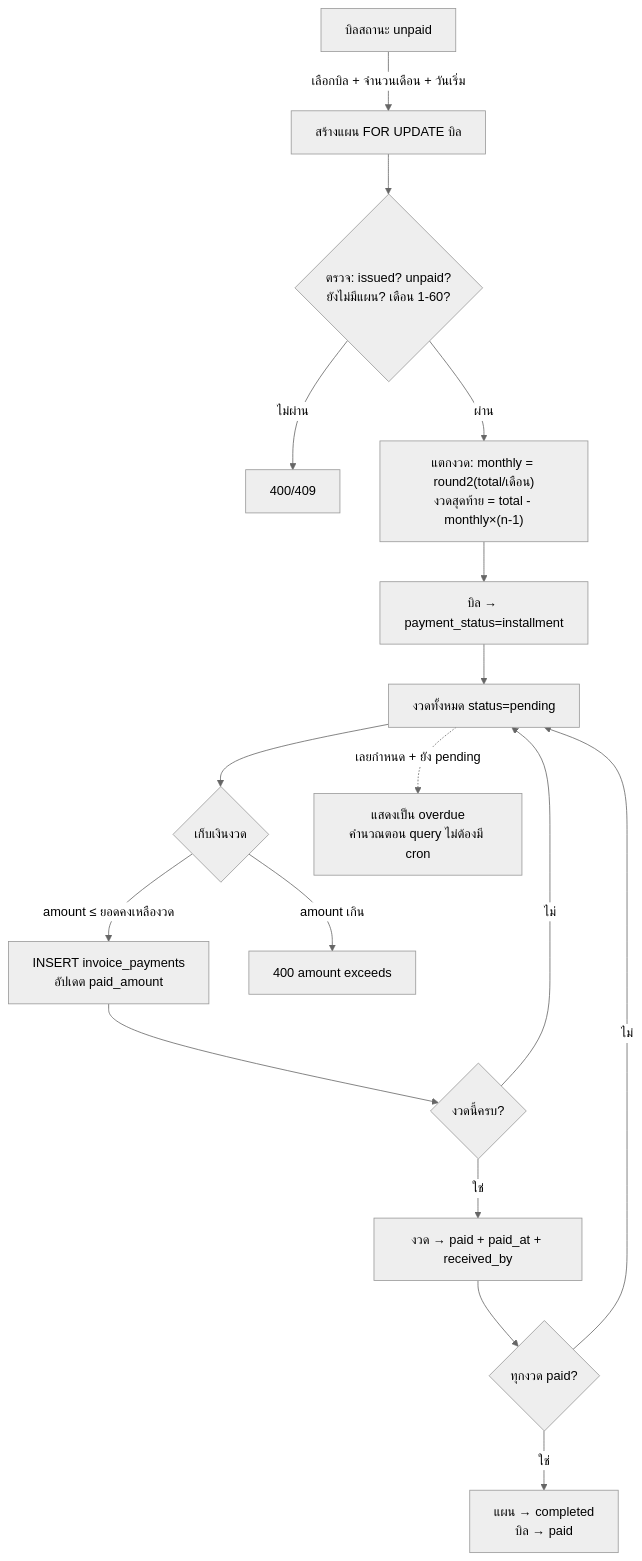
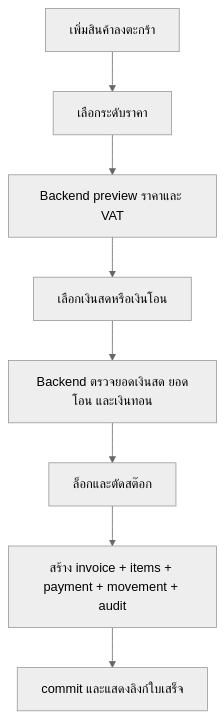
Before and after one commit to piyawatSritavong/pharmacy-erp: the third of 3 diagrams in docs/SPEC.md, drawn with Mermaid (neutral theme). The commit also changed other lines of this file and 1051 other files, not shown here.

````diff
--- a/docs/SPEC.md
+++ b/docs/SPEC.md
@@ -169,19 +111,10 @@
 ```mermaid
 flowchart TD
-    A[บิลสถานะ unpaid] -->|เลือกบิล + จำนวนเดือน + วันเริ่ม| B[สร้างแผน FOR UPDATE บิล]
-    B --> C{ตรวจ: issued? unpaid?\nยังไม่มีแผน? เดือน 1-60?}
-    C -- ไม่ผ่าน --> X[400/409]
-    C -- ผ่าน --> D["แตกงวด: monthly = round2(total/เดือน)\nงวดสุดท้าย = total - monthly×(n-1)"]
-    D --> E[บิล → payment_status=installment]
-    E --> F[งวดทั้งหมด status=pending]
-    F --> G{เก็บเงินงวด}
-    G -->|amount ≤ ยอดคงเหลืองวด| H[INSERT invoice_payments\nอัปเดต paid_amount]
-    G -->|amount เกิน| X2[400 amount exceeds]
-    H --> I{งวดนี้ครบ?}
-    I -- ใช่ --> J[งวด → paid + paid_at + received_by]
-    I -- ไม่ --> F
-    J --> K{ทุกงวด paid?}
-    K -- ใช่ --> L[แผน → completed\nบิล → paid]
-    K -- ไม่ --> F
-    F -.->|เลยกำหนด + ยัง pending| M[แสดงเป็น overdue\nคำนวณตอน query ไม่ต้องมี cron]
+    A[เพิ่มสินค้าลงตะกร้า] --> B[เลือกระดับราคา]
+    B --> C[Backend preview ราคาและ VAT]
+    C --> D[เลือกเงินสดหรือเงินโอน]
+    D --> E[Backend ตรวจยอดเงินสด ยอดโอน และเงินทอน]
+    E --> F[ล็อกและตัดสต๊อก]
+    F --> G[สร้าง invoice + items + payment + movement + audit]
+    G --> H[commit และแสดงลิงก์ใบเสร็จ]
 ```
````
